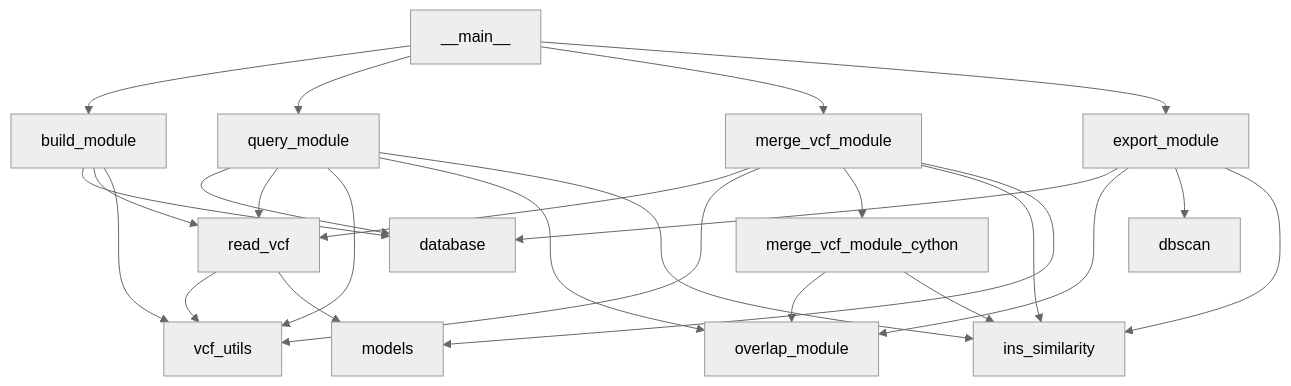
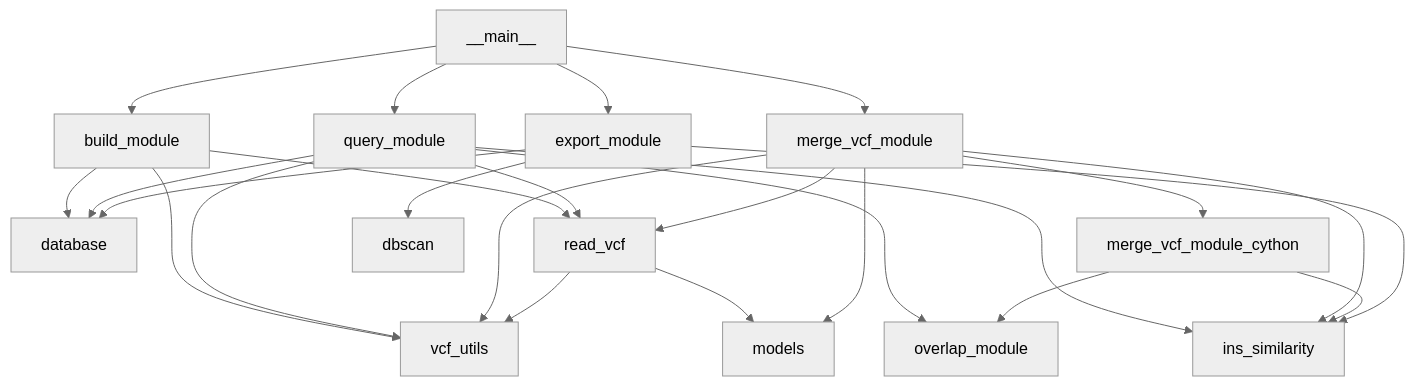
One commit to J35P312/SVDB changed the first of 2 diagrams in docs/architecture.md. Above: the diagram before and after it, drawn with Mermaid (neutral theme). The commit also changed other lines of this file, not shown here.

Commit message:
Update architecture.md: export redesign, clustering algorithms, parallelism

````diff
--- a/docs/architecture.md
+++ b/docs/architecture.md
@@ -23,33 +23,32 @@
 ```mermaid
 graph TD
     main[__main__] --> build_module
     main --> query_module
     main --> merge_vcf_module
     main --> export_module
 
     build_module --> database
     build_module --> read_vcf
     build_module --> vcf_utils
 
     query_module --> database
     query_module --> read_vcf
     query_module --> vcf_utils
     query_module --> overlap_module
     query_module --> ins_similarity
 
     merge_vcf_module --> read_vcf
     merge_vcf_module --> vcf_utils
     merge_vcf_module --> merge_vcf_module_cython
     merge_vcf_module --> ins_similarity
     merge_vcf_module_cython --> overlap_module
     merge_vcf_module_cython --> ins_similarity
 
     export_module --> database
-    export_module --> overlap_module
     export_module --> dbscan
     export_module --> ins_similarity
 
     read_vcf --> vcf_utils
     read_vcf --> models
     merge_vcf_module --> models
 ```
````
